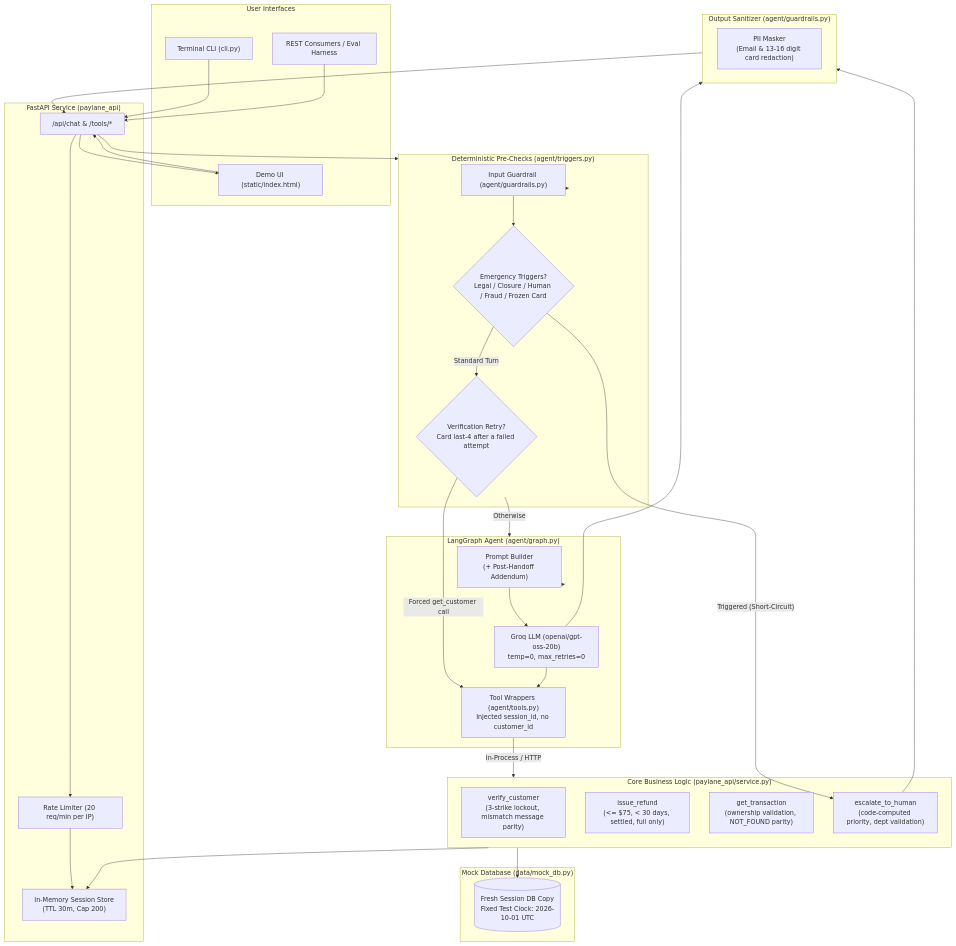
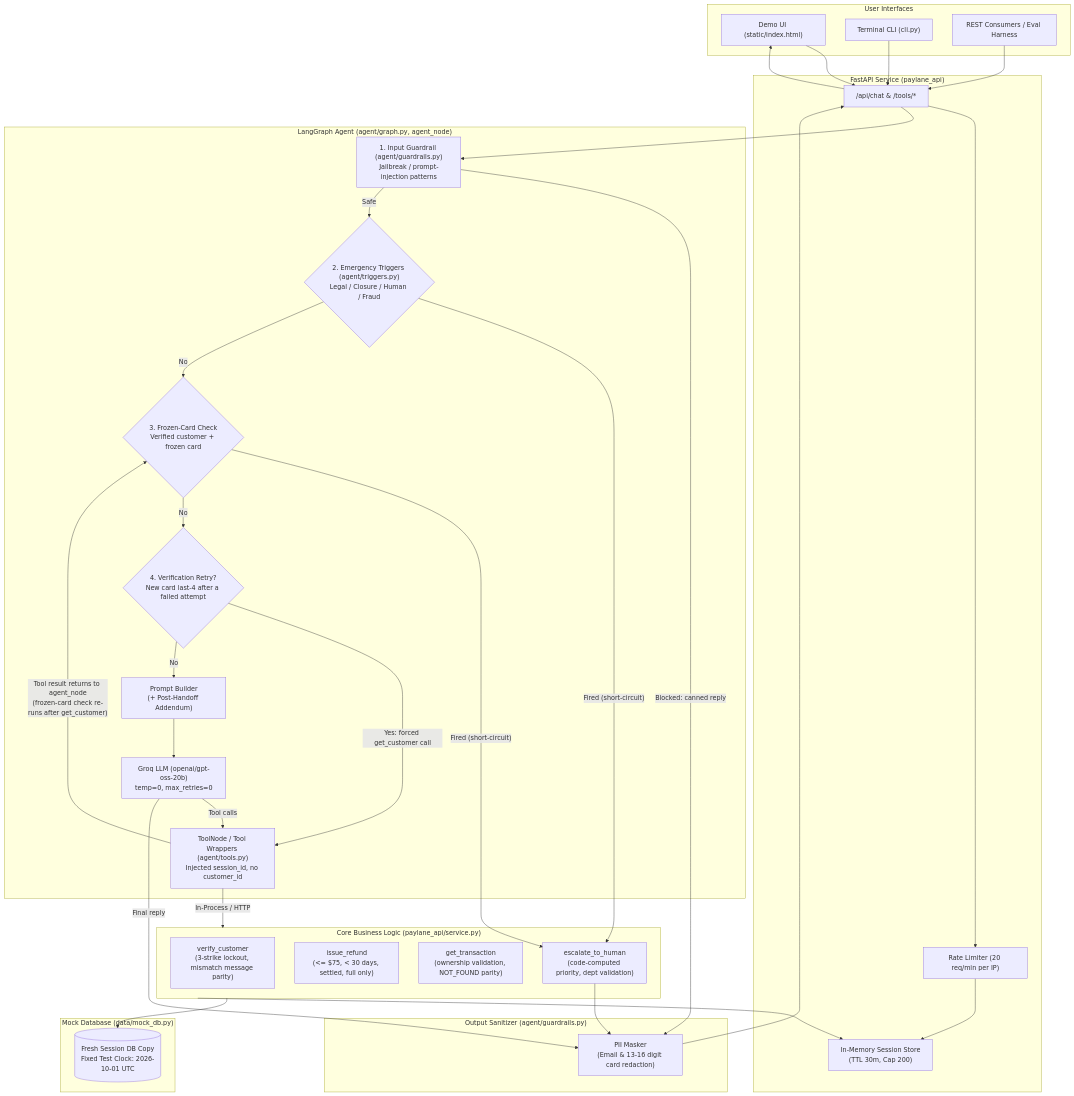
One commit to prathammande2403/Paylane-Support-Agent changed the diagram in README.md. Above: the diagram before and after it, drawn with Mermaid. The commit also changed other lines of this file, not shown here.

Commit message:
README update

````diff
--- a/README.md
+++ b/README.md
@@ -31,63 +31,64 @@
 ```mermaid
 flowchart TD
     subgraph Client["User Interfaces"]
         UI["Demo UI (static/index.html)"]
         CLI["Terminal CLI (cli.py)"]
         API_Client["REST Consumers / Eval Harness"]
     end
 
     subgraph API["FastAPI Service (paylane_api)"]
         Endpoint["/api/chat & /tools/*"]
         RateLimit["Rate Limiter (20 req/min per IP)"]
         SessionStore["In-Memory Session Store<br/>(TTL 30m, Cap 200)"]
     end
 
-    subgraph PreCheck["Deterministic Pre-Checks (agent/triggers.py)"]
-        Guard["Input Guardrail (agent/guardrails.py)"]
-        Triggers{"Emergency Triggers?<br/>Legal / Closure / Human / Fraud / Frozen Card"}
-        Retry{"Verification Retry?<br/>Card last-4 after a failed attempt"}
-    end
-
-    subgraph Agent["LangGraph Agent (agent/graph.py)"]
+    subgraph Agent["LangGraph Agent (agent/graph.py, agent_node)"]
+        Guard["1. Input Guardrail (agent/guardrails.py)<br/>Jailbreak / prompt-injection patterns"]
+        Triggers{"2. Emergency Triggers (agent/triggers.py)<br/>Legal / Closure / Human / Fraud"}
+        Frozen{"3. Frozen-Card Check<br/>Verified customer + frozen card"}
+        Retry{"4. Verification Retry?<br/>New card last-4 after a failed attempt"}
         PromptBuilder["Prompt Builder<br/>(+ Post-Handoff Addendum)"]
         GroqLLM["Groq LLM (openai/gpt-oss-20b)<br/>temp=0, max_retries=0"]
-        ToolWrappers["Tool Wrappers (agent/tools.py)<br/>Injected session_id, no customer_id"]
+        ToolWrappers["ToolNode / Tool Wrappers (agent/tools.py)<br/>Injected session_id, no customer_id"]
     end
 
     subgraph ServiceLayer["Core Business Logic (paylane_api/service.py)"]
         VerifyRules["verify_customer<br/>(3-strike lockout, mismatch message parity)"]
         RefundRules["issue_refund<br/>(<= $75, < 30 days, settled, full only)"]
         TxnRules["get_transaction<br/>(ownership validation, NOT_FOUND parity)"]
         EscalateRules["escalate_to_human<br/>(code-computed priority, dept validation)"]
     end
 
     subgraph Data["Mock Database (data/mock_db.py)"]
         MockDB[("Fresh Session DB Copy<br/>Fixed Test Clock: 2026-10-01 UTC")]
     end
 
     subgraph PostCheck["Output Sanitizer (agent/guardrails.py)"]
         PIIFilter["PII Masker<br/>(Email & 13-16 digit card redaction)"]
     end
 
     UI --> Endpoint
     CLI --> Endpoint
     API_Client --> Endpoint
     Endpoint --> RateLimit --> SessionStore
 
-    Endpoint --> PreCheck
-    PreCheck --> Guard
-    Guard --> Triggers
-    Triggers -- "Triggered (Short-Circuit)" --> EscalateRules
-    Triggers -- "Standard Turn" --> Retry
-    Retry -- "Forced get_customer call" --> ToolWrappers
-    Retry -- "Otherwise" --> Agent
+    Endpoint --> Guard
+    Guard -- "Blocked: canned reply" --> PIIFilter
+    Guard -- "Safe" --> Triggers
+    Triggers -- "Fired (short-circuit)" --> EscalateRules
+    Triggers -- "No" --> Frozen
+    Frozen -- "Fired (short-circuit)" --> EscalateRules
+    Frozen -- "No" --> Retry
+    Retry -- "Yes: forced get_customer call" --> ToolWrappers
+    Retry -- "No" --> PromptBuilder --> GroqLLM
 
-    Agent --> PromptBuilder --> GroqLLM --> ToolWrappers
+    GroqLLM -- "Tool calls" --> ToolWrappers
     ToolWrappers -- "In-Process / HTTP" --> ServiceLayer
+    ToolWrappers -- "Tool result returns to agent_node<br/>(frozen-card check re-runs after get_customer)" --> Frozen
     ServiceLayer --> MockDB
     ServiceLayer --> SessionStore
 
-    GroqLLM --> PostCheck
-    EscalateRules --> PostCheck
-    PostCheck --> Endpoint --> UI
+    GroqLLM -- "Final reply" --> PIIFilter
+    EscalateRules --> PIIFilter
+    PIIFilter --> Endpoint --> UI
 ```
````
